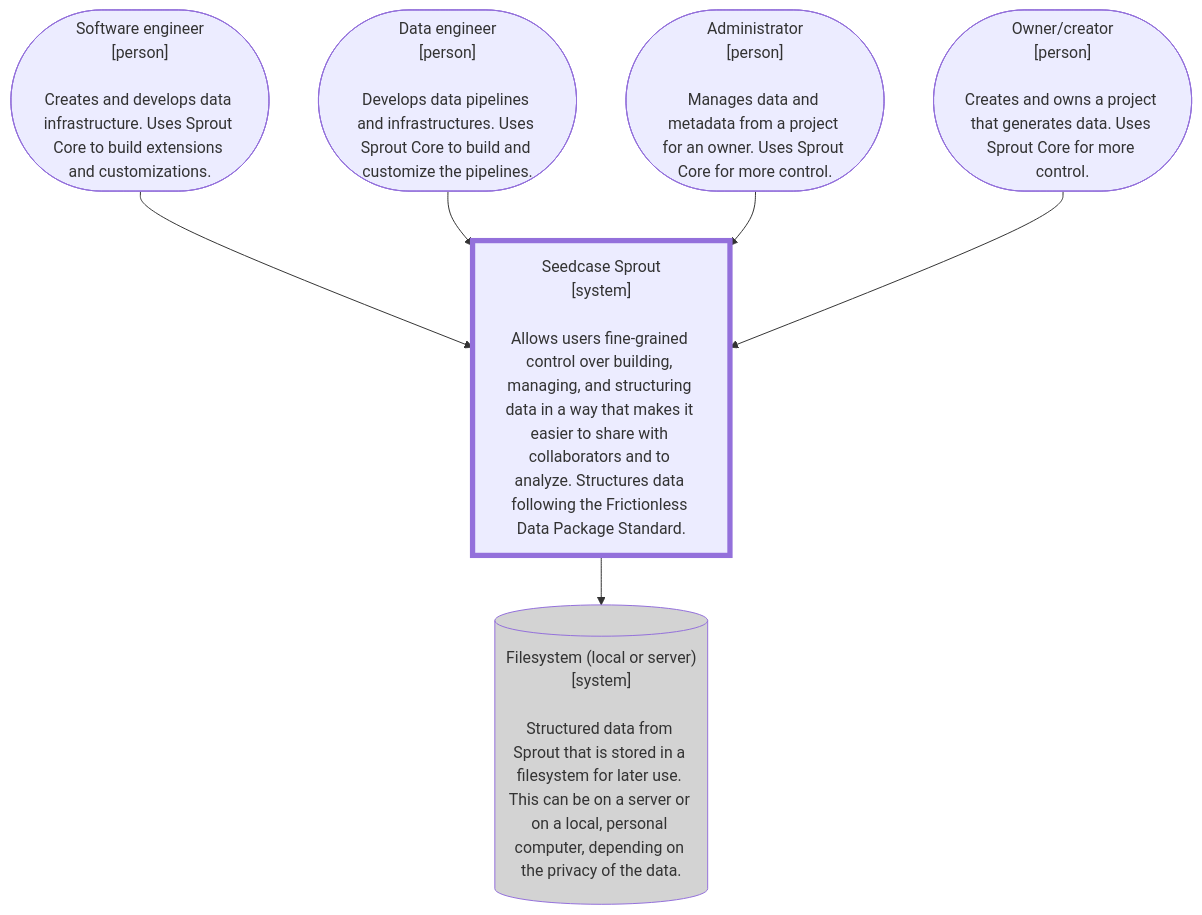
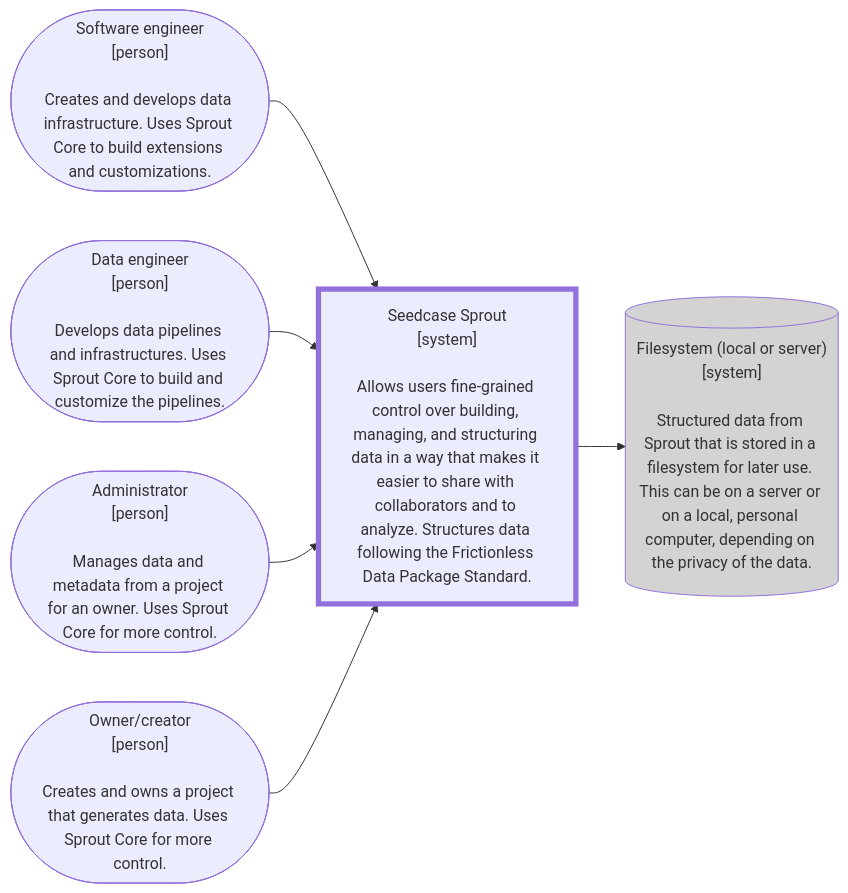
Before and after one commit to seedcase-project/seedcase-sprout: the first of 2 diagrams in docs/design/architecture/c4-models.qmd, drawn with Mermaid. The commit also changed other lines of this file, not shown here.

Commit message:
style: :lipstick: small stylistic changes made to the Mermaid diagrams

````diff
--- a/docs/design/architecture/c4-models.qmd
+++ b/docs/design/architecture/c4-models.qmd
@@ -22,19 +26,19 @@
 ```{mermaid}
 %%| fig-cap: "C4 Context diagram showing a very basic overview of Sprout and its anticipated users."
-flowchart TB
+flowchart LR
     user_owner(["Owner/creator<br>[person]<br><br>Creates and owns a project that generates data. Uses Sprout Core for more control."])
     user_admin(["Administrator<br>[person]<br><br>Manages data and metadata from a project for an owner. Uses Sprout Core for more control."])
     user_swe(["Software engineer<br>[person]<br><br>Creates and develops data infrastructure. Uses Sprout Core to build extensions and customizations."])
     user_de(["Data engineer<br>[person]<br><br>Develops data pipelines and infrastructures. Uses Sprout Core to build and customize the pipelines."])
     sprout["Seedcase Sprout<br>[system]<br><br>Allows users fine-grained control over building, managing, and structuring data in a way that makes it easier to share with collaborators and to analyze. Structures data following the Frictionless Data Package Standard."]
     output[("Filesystem (local or server)<br>[system]<br><br>Structured data from Sprout that is stored in a filesystem for later use. This can be on a server or on a local, personal computer, depending on the privacy of the data.")]
 
     user_swe --> sprout:::system
     user_de --> sprout
     user_admin --> sprout
     user_owner --> sprout
     sprout --> output:::external
 
     classDef system stroke-width:4pt
     classDef external fill:lightgrey
 ```
````
